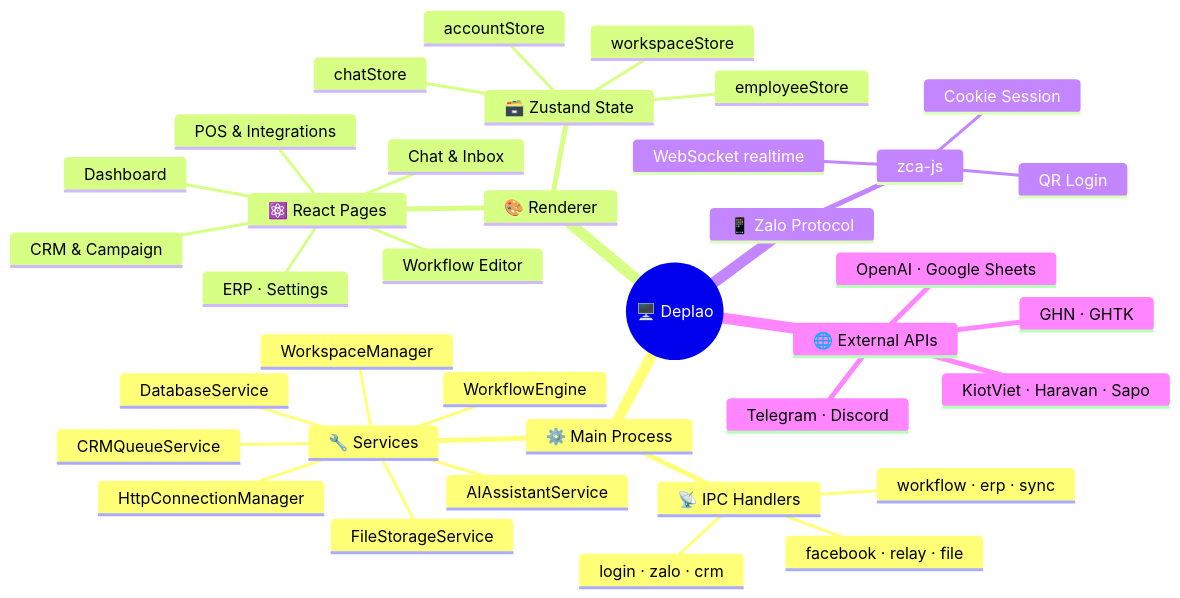
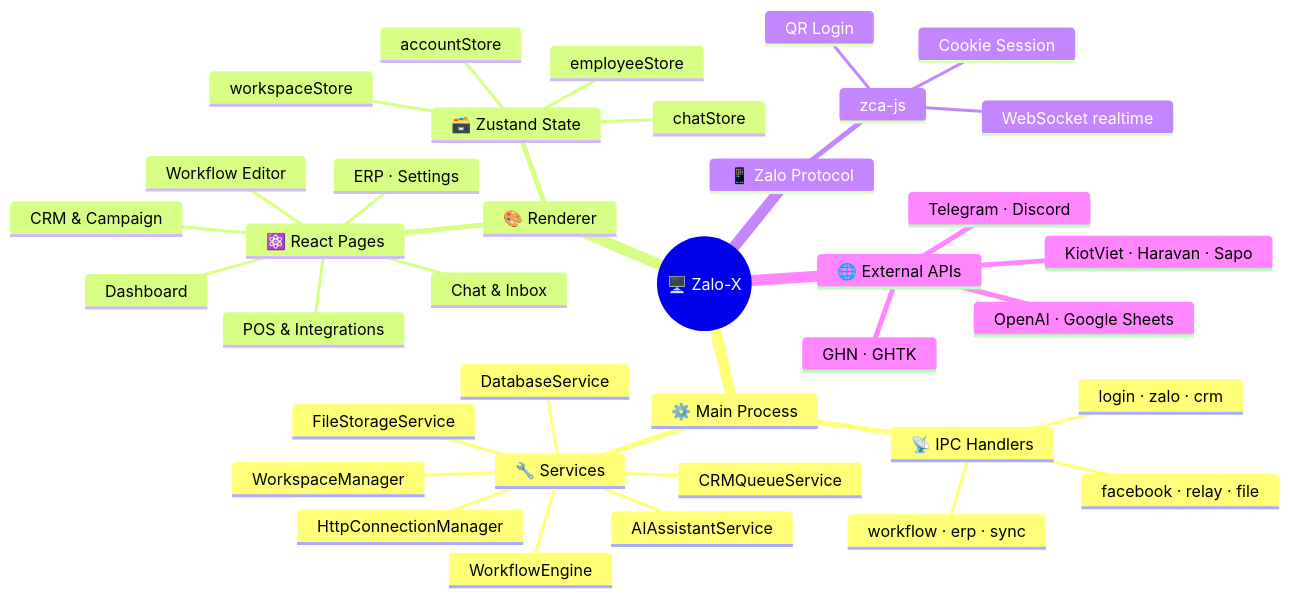
The second of 4 diagrams in README.en.md (adamwang99/Zalo-X), drawn with Mermaid before and after one commit. The commit also changed other lines of this file and 52 other files, not shown here.

Commit message:
Rebrand Deplao -> Zalo-X across source, UI, build config, landing, and CI; keep source attribution to babyvibe/deplao-builder

````diff
--- a/README.en.md
+++ b/README.en.md
@@ -140,40 +140,40 @@
 ```mermaid
 mindmap
-  root((🖥️ Deplao))
+  root((🖥️ Zalo-X))
     ⚙️ Main Process
       📡 IPC Handlers
         login · zalo · crm
         workflow · erp · sync
         facebook · relay · file
       🔧 Services
         DatabaseService
         WorkspaceManager
         WorkflowEngine
         CRMQueueService
         HttpConnectionManager
         FileStorageService
         AIAssistantService
     🎨 Renderer
       ⚛️ React Pages
         Dashboard
         Chat & Inbox
         CRM & Campaign
         Workflow Editor
         POS & Integrations
         ERP · Settings
       🗃️ Zustand State
         accountStore
         chatStore
         workspaceStore
         employeeStore
     📱 Zalo Protocol
       zca-js
         QR Login
         Cookie Session
         WebSocket realtime
     🌐 External APIs
       OpenAI · Google Sheets
       Telegram · Discord
       KiotViet · Haravan · Sapo
       GHN · GHTK
 ```
````
